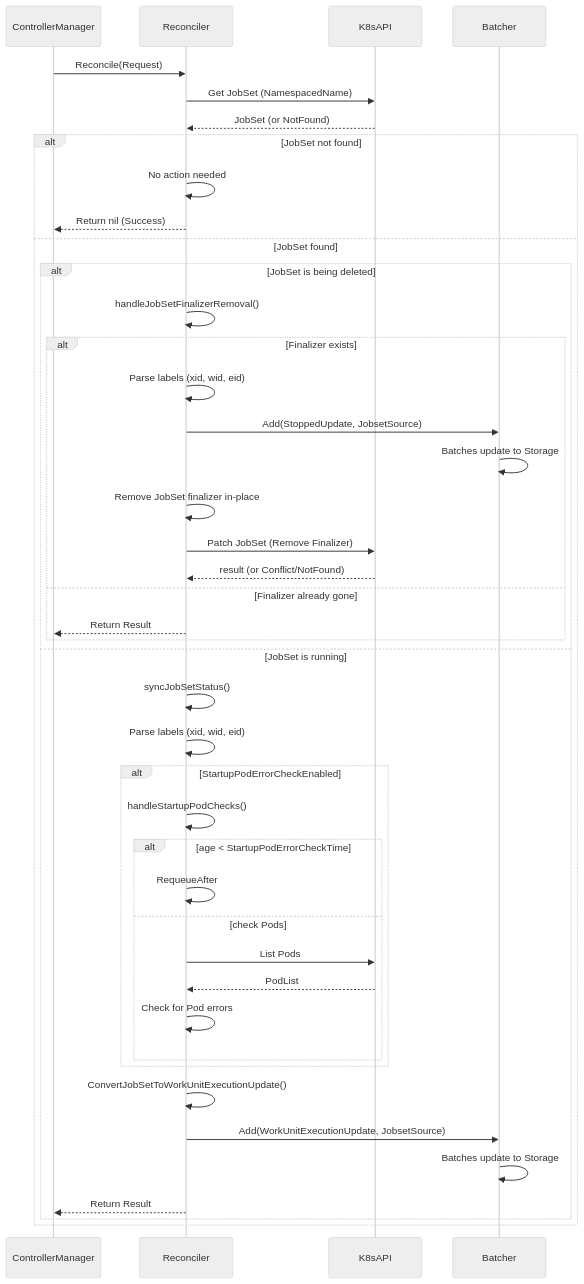
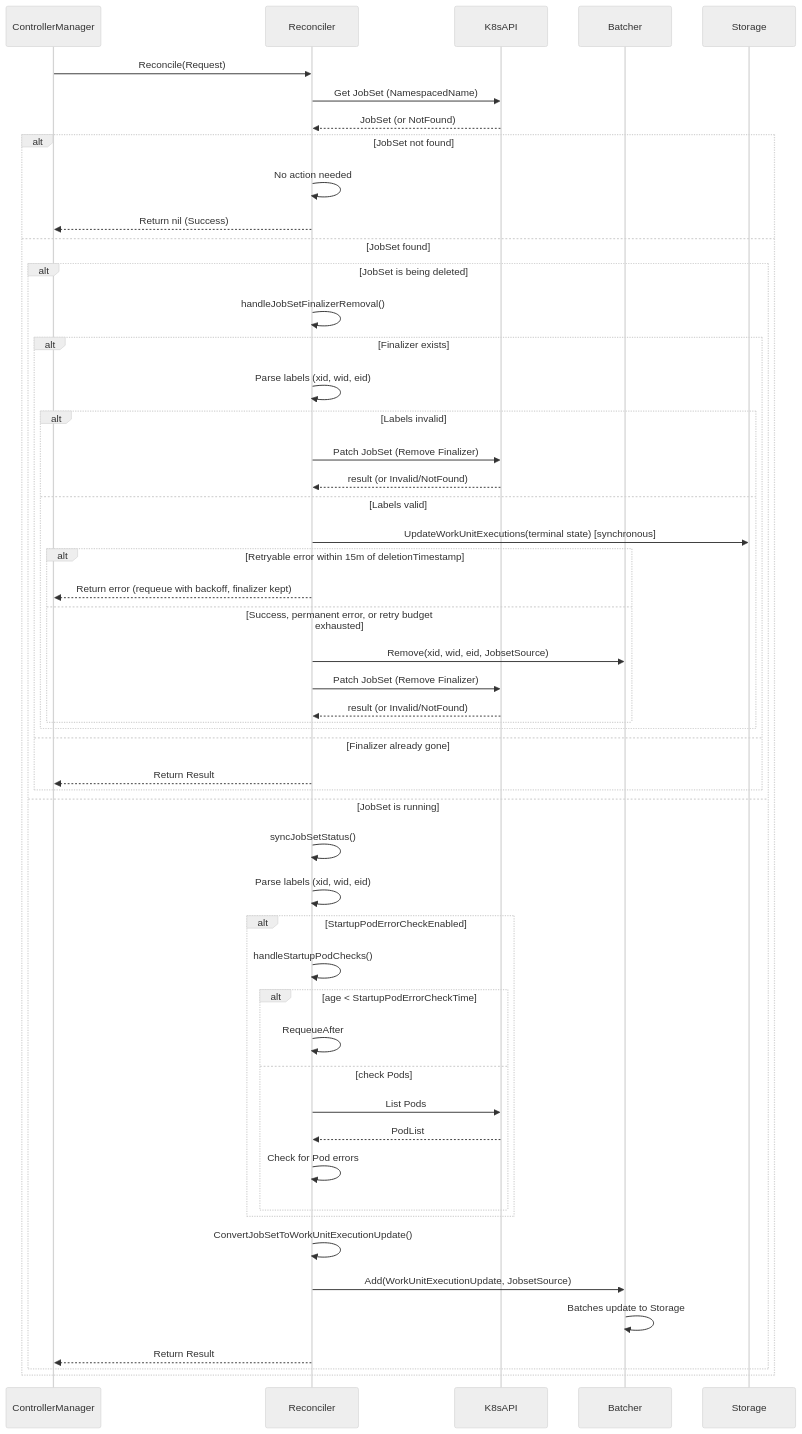
Before and after one commit to google/xmc: the second of 5 diagrams in docs/flows/reconciliation.md, drawn with Mermaid (neutral theme). The commit also changed other lines of this file and 8 other files, not shown here.

First line of the commit message:
fix(reconciler): persist STOPPED status before releasing JobSet finalizer (#1189)

````diff
--- a/docs/flows/reconciliation.md
+++ b/docs/flows/reconciliation.md
@@ -77,47 +80,56 @@
 ```mermaid
 sequenceDiagram
     participant ControllerManager
     participant Reconciler
     participant K8sAPI
     participant Batcher
+    participant Storage
 
     ControllerManager->>Reconciler: Reconcile(Request)
     Reconciler->>K8sAPI: Get JobSet (NamespacedName)
     K8sAPI-->>Reconciler: JobSet (or NotFound)
 
     alt JobSet not found
         Reconciler->>Reconciler: No action needed
         Reconciler-->>ControllerManager: Return nil (Success)
     else JobSet found
         alt JobSet is being deleted
             Reconciler->>Reconciler: handleJobSetFinalizerRemoval()
             alt Finalizer exists
                 Reconciler->>Reconciler: Parse labels (xid, wid, eid)
-                Reconciler->>Batcher: Add(StoppedUpdate, JobsetSource)
-                Batcher->>Batcher: Batches update to Storage
-                Reconciler->>Reconciler: Remove JobSet finalizer in-place
-                Reconciler->>K8sAPI: Patch JobSet (Remove Finalizer)
-                K8sAPI-->>Reconciler: result (or Conflict/NotFound)
+                alt Labels invalid
+                    Reconciler->>K8sAPI: Patch JobSet (Remove Finalizer)
+                    K8sAPI-->>Reconciler: result (or Invalid/NotFound)
+                else Labels valid
+                    Reconciler->>Storage: UpdateWorkUnitExecutions(terminal state) [synchronous]
+                    alt Retryable error within 15m of deletionTimestamp
+                        Reconciler-->>ControllerManager: Return error (requeue with backoff, finalizer kept)
+                    else Success, permanent error, or retry budget exhausted
+                        Reconciler->>Batcher: Remove(xid, wid, eid, JobsetSource)
+                        Reconciler->>K8sAPI: Patch JobSet (Remove Finalizer)
+                        K8sAPI-->>Reconciler: result (or Invalid/NotFound)
+                    end
+                end
             else Finalizer already gone
                 Reconciler-->>ControllerManager: Return Result
             end
         else JobSet is running
             Reconciler->>Reconciler: syncJobSetStatus()
             Reconciler->>Reconciler: Parse labels (xid, wid, eid)
             alt StartupPodErrorCheckEnabled
                 Reconciler->>Reconciler: handleStartupPodChecks()
                 alt age < StartupPodErrorCheckTime
                     Reconciler->>Reconciler: RequeueAfter
                 else check Pods
                     Reconciler->>K8sAPI: List Pods
                     K8sAPI-->>Reconciler: PodList
                     Reconciler->>Reconciler: Check for Pod errors
                 end
             end
             Reconciler->>Reconciler: ConvertJobSetToWorkUnitExecutionUpdate()
             Reconciler->>Batcher: Add(WorkUnitExecutionUpdate, JobsetSource)
             Batcher->>Batcher: Batches update to Storage
             Reconciler-->>ControllerManager: Return Result
         end
     end
 ```
````
